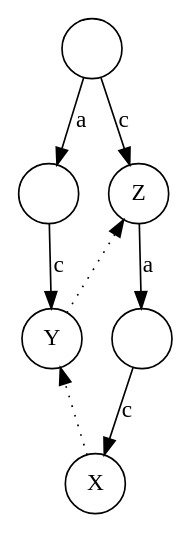
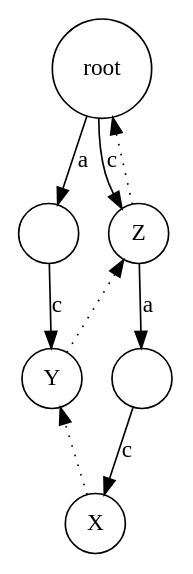
The diagram in algo/datastruct/tree/suffix-tree/img/strie-cac.dot (liuxinyu95/AlgoXY), drawn with Graphviz before and after one commit. The commit also changed 8 other files, not shown here.

```diff
--- a/algo/datastruct/tree/suffix-tree/img/strie-cac.dot
+++ b/algo/datastruct/tree/suffix-tree/img/strie-cac.dot
@@ -1,18 +1,21 @@
 digraph G{
 	node[shape=circle]
-	t[label=""];
+	t[label="root"];
 	ta[label=""];
 	tac[label="Y"];
 	ta->tac[label="c"]
 	t->ta[label="a"]
 	tc[label="Z"];
 	tca[label=""];
 	tcac[label="X"];
 	tca->tcac[label="c"]
 	tc->tca[label="a"]
 	t->tc[label="c"]
+	/*suffix links*/
 	tcac->tac[style=dotted];
 	tac->tc[style=dotted];
+	tc->t[style=dotted];
+	/*layout*/
 	{rank = same; ta; tc;}
 	{rank = same; tac; tca;}
 }
```
